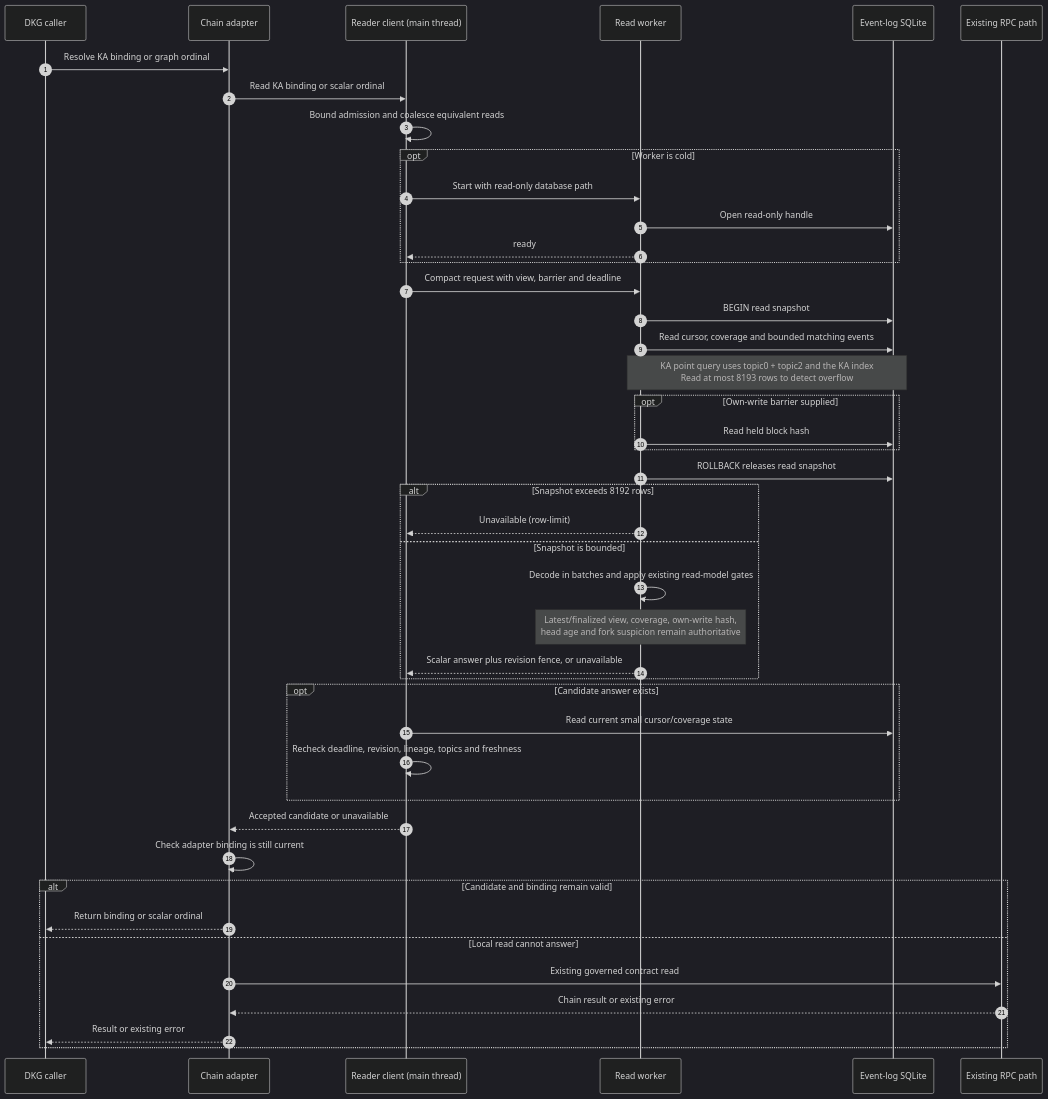
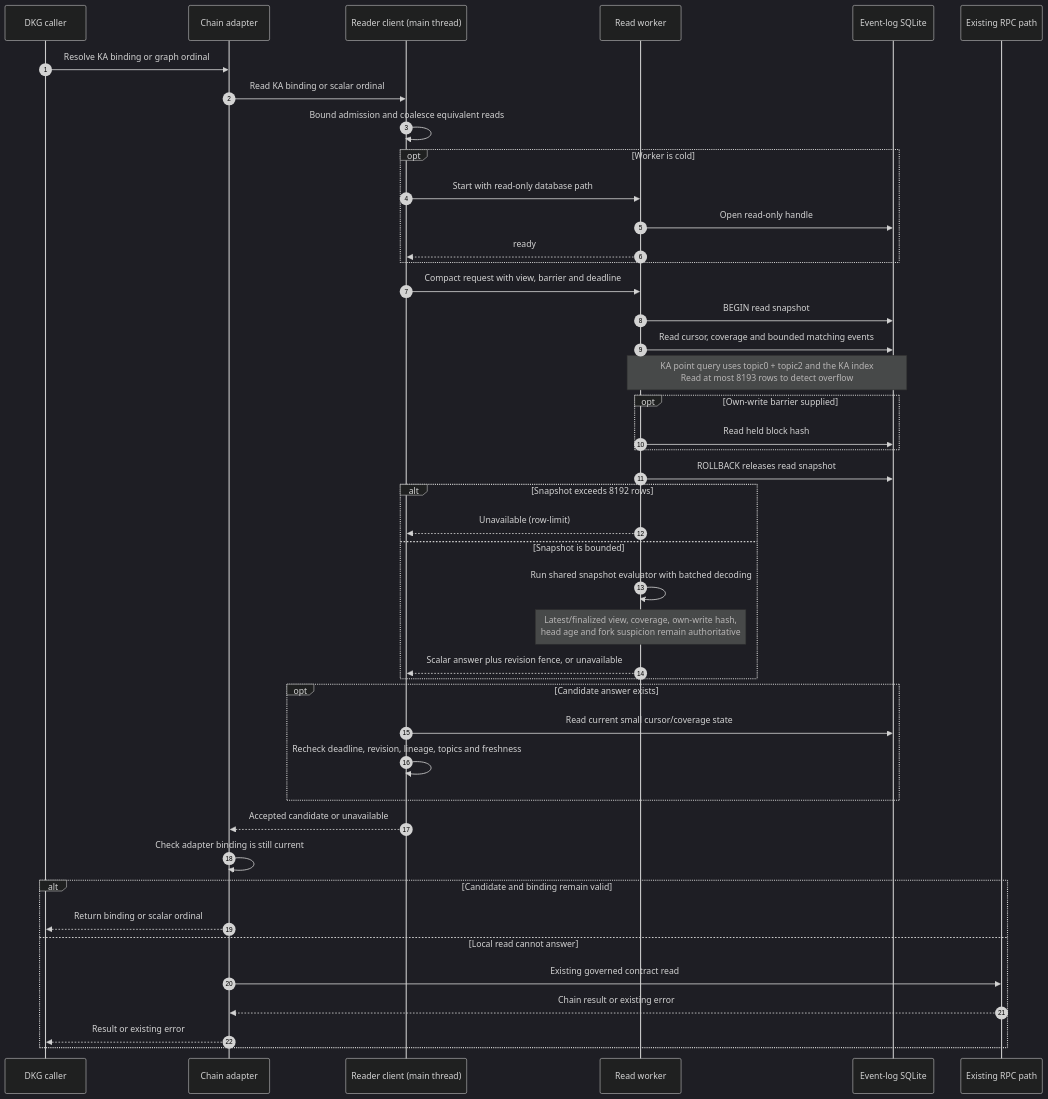
The first of 3 diagrams in docs/chain-index-worker-stability.md (OriginTrail/dkg), drawn with Mermaid (dark theme) before and after one commit. The commit also changed other lines of this file, not shown here.

````diff
--- a/docs/chain-index-worker-stability.md
+++ b/docs/chain-index-worker-stability.md
@@ -29,46 +33,46 @@
 ```mermaid
 sequenceDiagram
     autonumber
     participant U as DKG caller
     participant A as Chain adapter
     participant C as Reader client (main thread)
     participant W as Read worker
     participant D as Event-log SQLite
     participant R as Existing RPC path
     U->>A: Resolve KA binding or graph ordinal
     A->>C: Read KA binding or scalar ordinal
     C->>C: Bound admission and coalesce equivalent reads
     opt Worker is cold
         C->>W: Start with read-only database path
         W->>D: Open read-only handle
         W-->>C: ready
     end
     C->>W: Compact request with view, barrier and deadline
     W->>D: BEGIN read snapshot
     W->>D: Read cursor, coverage and bounded matching events
     Note over W,D: KA point query uses topic0 + topic2 and the KA index<br/>Read at most 8193 rows to detect overflow
     opt Own-write barrier supplied
         W->>D: Read held block hash
     end
     W->>D: ROLLBACK releases read snapshot
     alt Snapshot exceeds 8192 rows
         W-->>C: Unavailable (row-limit)
     else Snapshot is bounded
-        W->>W: Decode in batches and apply existing read-model gates
+        W->>W: Run shared snapshot evaluator with batched decoding
         Note over W: Latest/finalized view, coverage, own-write hash,<br/>head age and fork suspicion remain authoritative
         W-->>C: Scalar answer plus revision fence, or unavailable
     end
     opt Candidate answer exists
         C->>D: Read current small cursor/coverage state
         C->>C: Recheck deadline, revision, lineage, topics and freshness
     end
     C-->>A: Accepted candidate or unavailable
     A->>A: Check adapter binding is still current
     alt Candidate and binding remain valid
         A-->>U: Return binding or scalar ordinal
     else Local read cannot answer
         A->>R: Existing governed contract read
         R-->>A: Chain result or existing error
         A-->>U: Result or existing error
     end
 ```
````
